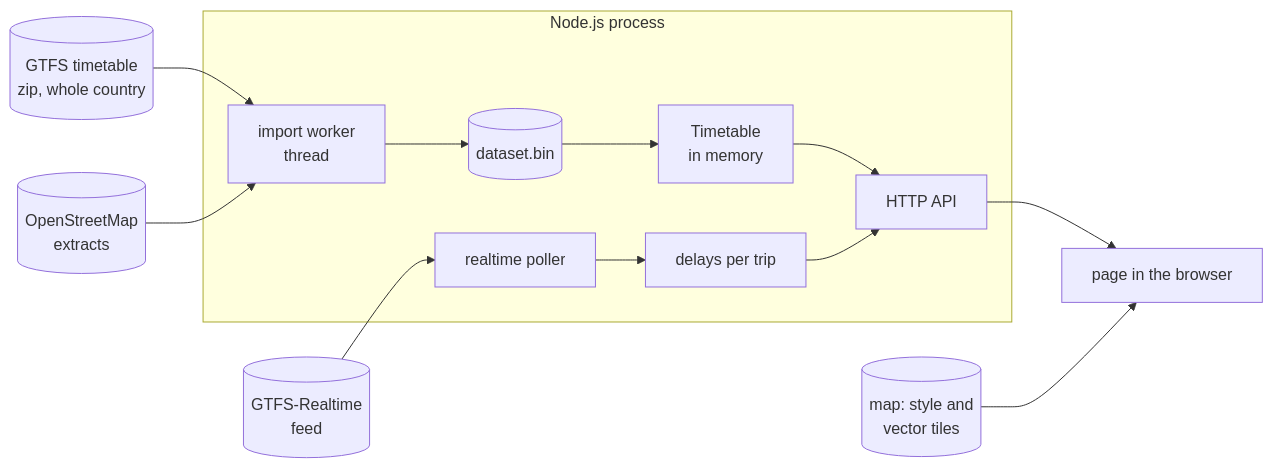
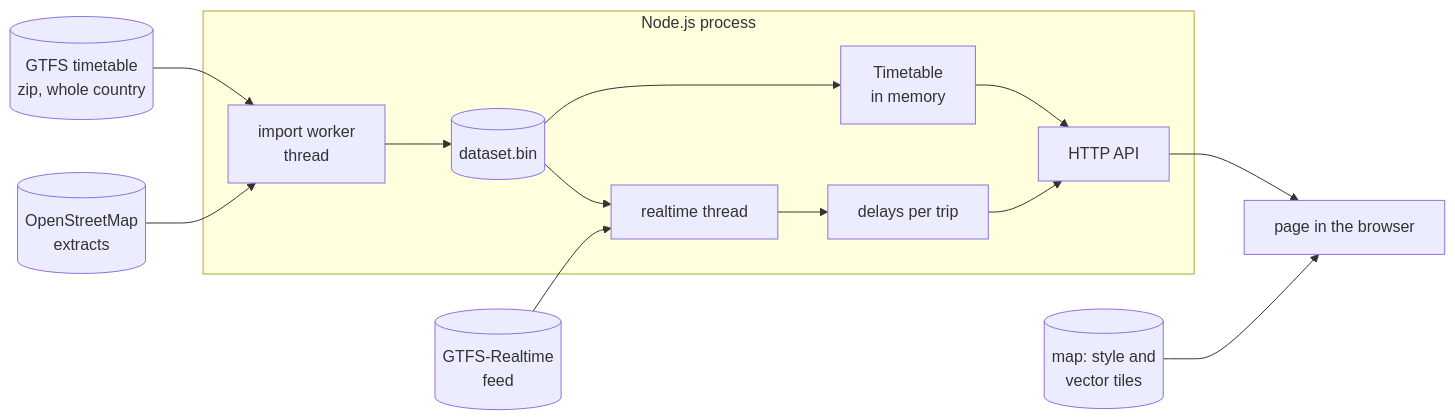
One commit to xiidoz/netnou changed the diagram in docs/architecture.md. Above: the diagram before and after it, drawn with Mermaid. The commit also changed other lines of this file and 15 other files, not shown here.

````diff
--- a/docs/architecture.md
+++ b/docs/architecture.md
@@ -22,15 +22,16 @@
 ```mermaid
 flowchart LR
   feed[(GTFS timetable<br>zip, whole country)] --> worker
   osm[(OpenStreetMap<br>extracts)] --> worker
   subgraph server [Node.js process]
     worker[import worker<br>thread] --> dataset[(dataset.bin)]
     dataset --> timetable[Timetable<br>in memory]
-    rt[realtime poller] --> snapshot[delays per trip]
+    dataset --> rt
+    rt[realtime thread] --> snapshot[delays per trip]
     timetable --> api[HTTP API]
     snapshot --> api
   end
   realtime[(GTFS-Realtime<br>feed)] --> rt
   api --> page[page in the browser]
   tiles[(map: style and<br>vector tiles)] --> page
 ```
````
